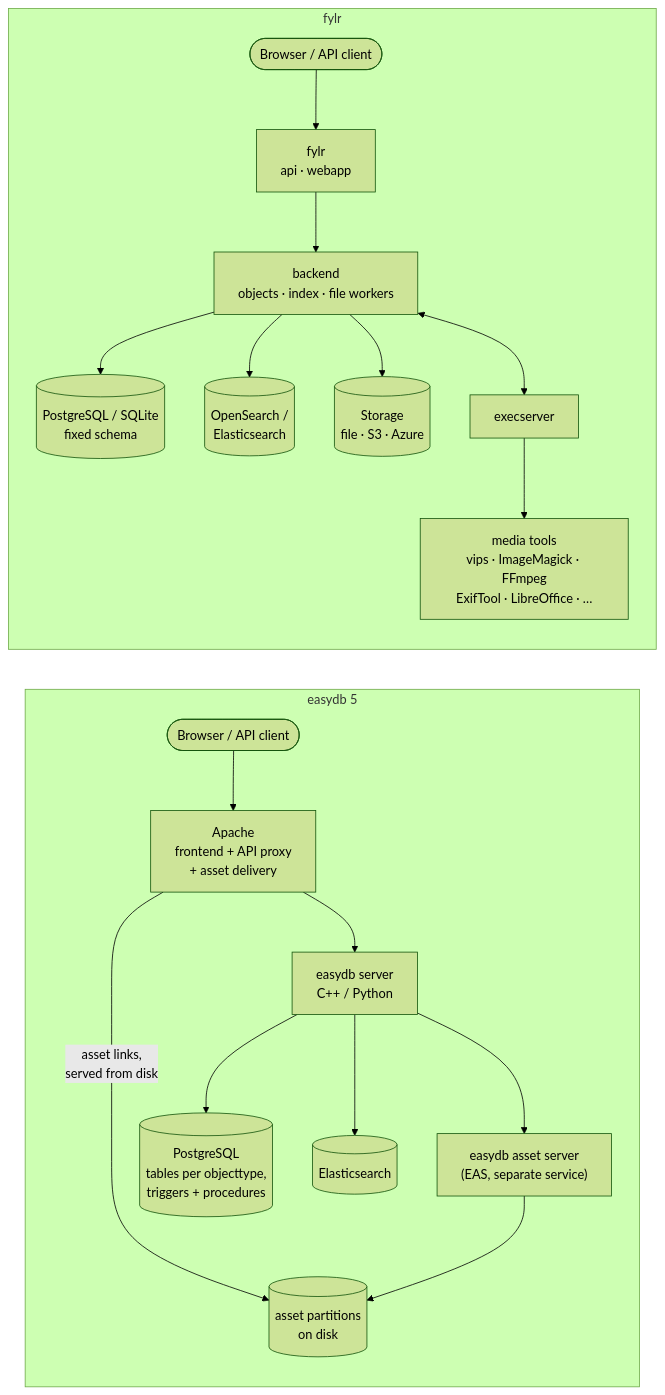
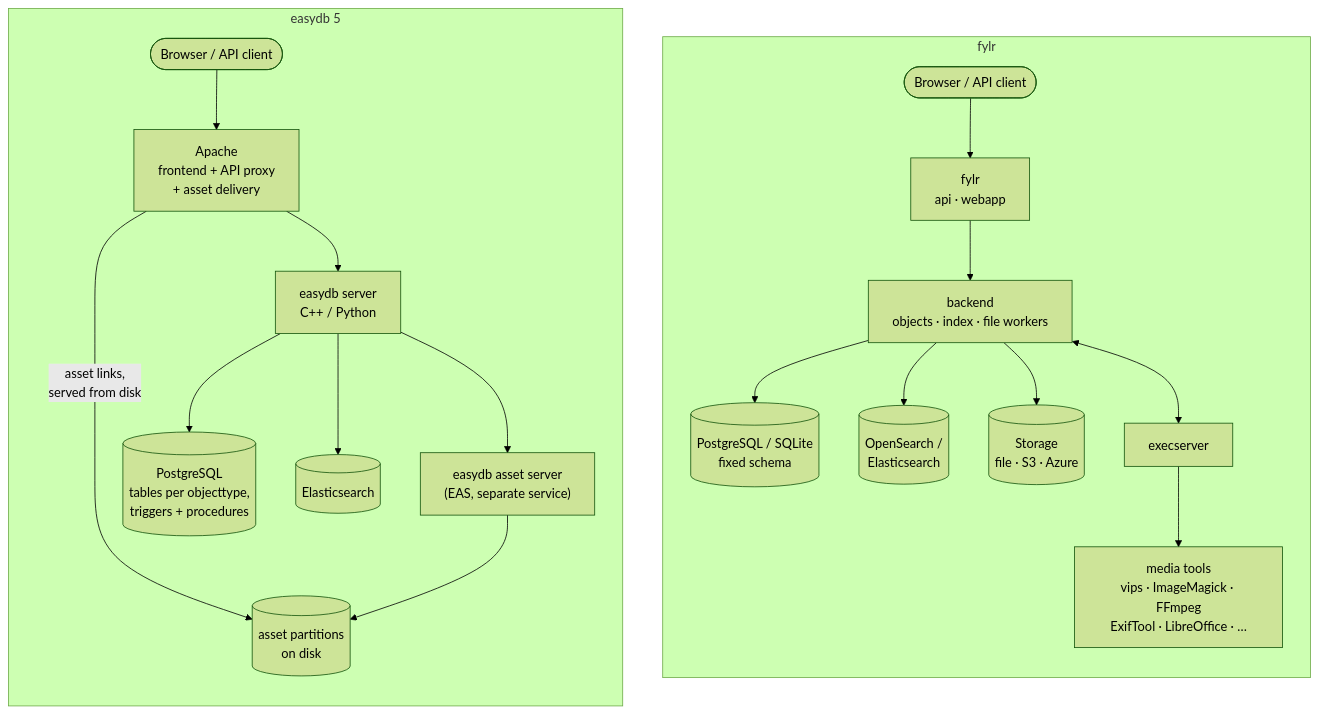
Before and after one commit to programmfabrik/fylr-gitbook: the first of 3 diagrams in for-developers/changes-easydb5-fylr.md, drawn with Mermaid (forest theme). The commit also changed other lines of this file, not shown here.

First line of the commit message:
docs: review fixes — side-by-side diagrams, OAuth2 client-migration story, corrected claims

````diff
--- a/for-developers/changes-easydb5-fylr.md
+++ b/for-developers/changes-easydb5-fylr.md
@@ -23,23 +23,24 @@
 ```mermaid
 flowchart LR
     subgraph ez5 ["easydb 5"]
         direction TB
         C5(["Browser / API client"]) --> AP["Apache<br/>frontend + API proxy<br/>+ asset delivery"]
         AP -->|"asset links,<br/>served from disk"| DSK[("asset partitions<br/>on disk")]
         AP --> SRV["easydb server<br/>C++ / Python"]
         SRV --> EAS["easydb asset server<br/>(EAS, separate service)"]
         EAS --> DSK
         SRV --> PG5[("PostgreSQL<br/>tables per objecttype,<br/>triggers + procedures")]
         SRV --> ES5[("Elasticsearch")]
     end
     subgraph fy ["fylr"]
         direction TB
         C6(["Browser / API client"]) --> API6["fylr<br/>api · webapp"]
         API6 --> BE6["backend<br/>objects · index · file workers"]
         BE6 --> PG6[("PostgreSQL / SQLite<br/>fixed schema")]
         BE6 --> OS6[("OpenSearch /<br/>Elasticsearch")]
         BE6 --> ST6[("Storage<br/>file · S3 · Azure")]
         BE6 <--> EX6["execserver"]
         EX6 --> T6["media tools<br/>vips · ImageMagick · FFmpeg<br/>ExifTool · LibreOffice · …"]
     end
+    ez5 ~~~ fy
 ```
````
